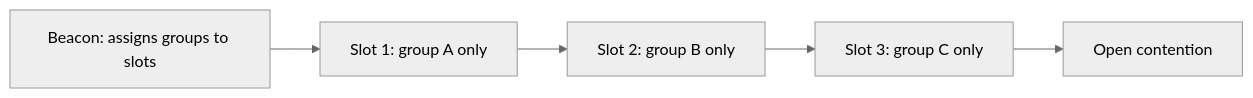
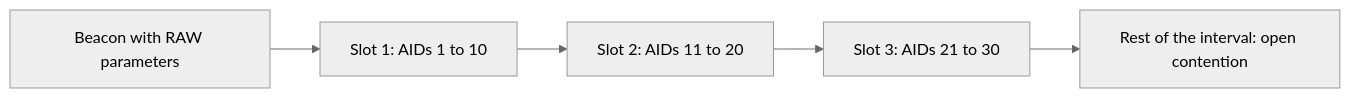
Before and after one commit to Princeahrwar/Study: the first of 5 diagrams in 07_networking/10_wifi/14_wifi_amendments_and_special_phys.md, drawn with Mermaid (neutral theme). The commit also changed other lines of this file and 1 other file, not shown here.

````diff
--- a/07_networking/10_wifi/14_wifi_amendments_and_special_phys.md
+++ b/07_networking/10_wifi/14_wifi_amendments_and_special_phys.md
@@ -87,7 +114,7 @@
 ```mermaid
 flowchart LR
-    B["Beacon: assigns groups to slots"] --> S1["Slot 1: group A only"]
-    S1 --> S2["Slot 2: group B only"]
-    S2 --> S3["Slot 3: group C only"]
-    S3 --> O["Open contention"]
+    B["Beacon with RAW parameters"] --> S1["Slot 1: AIDs 1 to 10"]
+    S1 --> S2["Slot 2: AIDs 11 to 20"]
+    S2 --> S3["Slot 3: AIDs 21 to 30"]
+    S3 --> O["Rest of the interval: open contention"]
 ```
````
